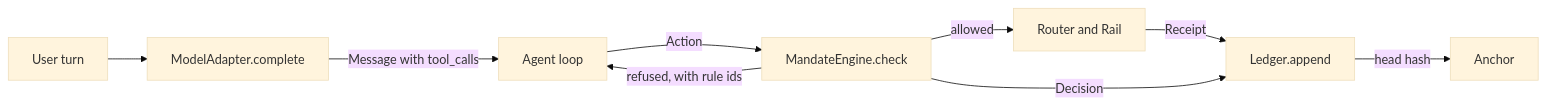
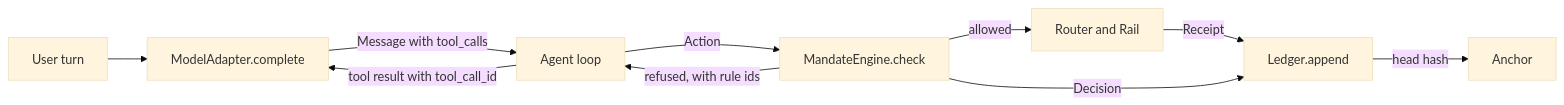
Before and after one commit to sanyuktaphanse/lifeline: the first of 3 diagrams in docs/technical-reference.md, drawn with Mermaid (base theme). The commit also changed other lines of this file, not shown here.

First line of the commit message:
Technical reference updated for the multi step tool loop

````diff
--- a/docs/technical-reference.md
+++ b/docs/technical-reference.md
@@ -28,11 +28,12 @@
 ```mermaid
 flowchart LR
   U[User turn] --> MA[ModelAdapter.complete]
   MA -->|Message with tool_calls| AG[Agent loop]
+  AG -->|tool result with tool_call_id| MA
   AG -->|Action| ME[MandateEngine.check]
   ME -->|allowed| RT[Router and Rail]
   ME -->|refused, with rule ids| AG
   RT -->|Receipt| LG[Ledger.append]
   ME -->|Decision| LG
   LG -->|head hash| AN[Anchor]
 ```
````
